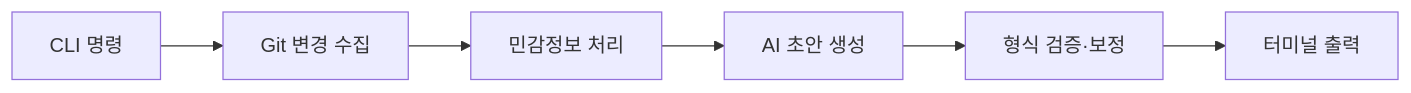
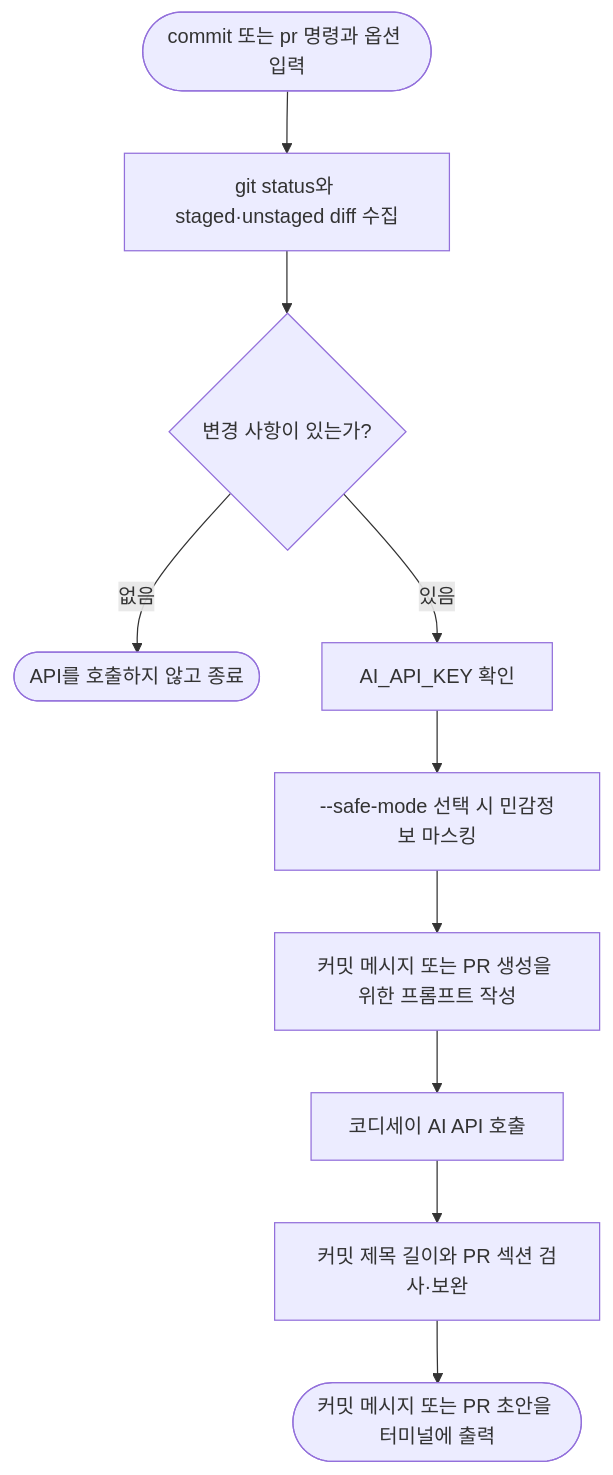
One commit to bllancck/B3-2.git-ai-generator changed the diagram in README.md. Above: the diagram before and after it, drawn with Mermaid. The commit also changed other lines of this file, not shown here.

Commit message:
docs: clarify README workflow diagram

````diff
--- a/README.md
+++ b/README.md
@@ -27,8 +27,17 @@
 ```mermaid
-flowchart LR
-    Command["CLI 명령"] --> Collect["Git 변경 수집"]
-    Collect --> Protect["민감정보 처리"]
-    Protect --> Generate["AI 초안 생성"]
-    Generate --> Validate["형식 검증·보정"]
-    Validate --> Output["터미널 출력"]
+flowchart TB
+    Start(["commit 또는 pr 명령과 옵션 입력"])
+    Collect["git status와 staged·unstaged diff 수집"]
+    HasChanges{"변경 사항이 있는가?"}
+    NoChanges(["API를 호출하지 않고 종료"])
+    Key["AI_API_KEY 확인"]
+    Mask["--safe-mode 선택 시 민감정보 마스킹"]
+    Prompt["커밋 메시지 또는 PR 생성을 위한 프롬프트 작성"]
+    Request["코디세이 AI API 호출"]
+    Check["커밋 제목 길이와 PR 섹션 검사·보완"]
+    Output(["커밋 메시지 또는 PR 초안을 터미널에 출력"])
+
+    Start --> Collect --> HasChanges
+    HasChanges -->|없음| NoChanges
+    HasChanges -->|있음| Key --> Mask --> Prompt --> Request --> Check --> Output
 ```
````
